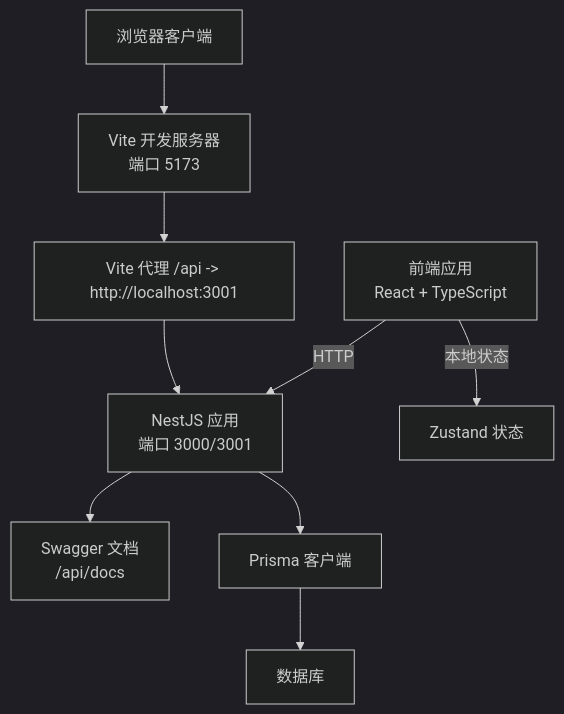
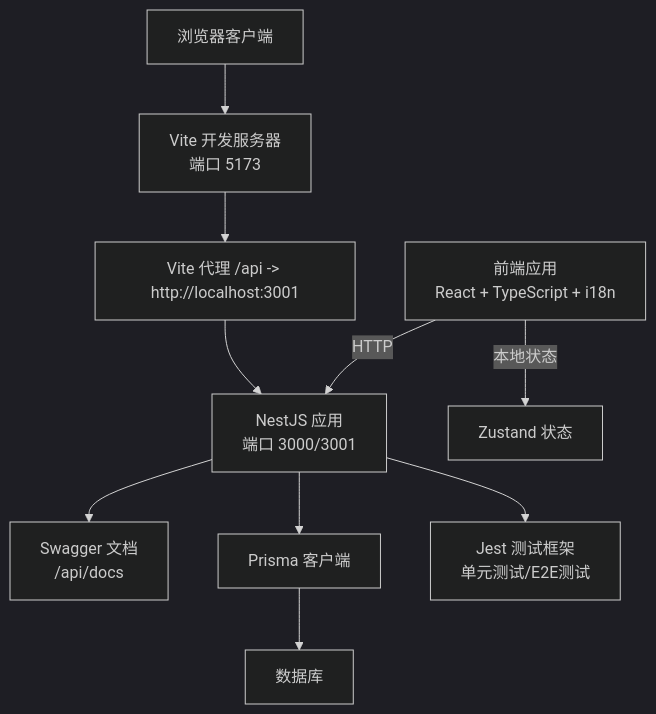
The second of 7 diagrams in .qoder/repowiki/zh/content/开发指南.md (LouisFantansy/Budget_Mgt_Enterprise), drawn with Mermaid (dark theme) before and after one commit. The commit also changed other lines of this file and 10 other files, not shown here.

````diff
--- a/.qoder/repowiki/zh/content/开发指南.md
+++ b/.qoder/repowiki/zh/content/开发指南.md
@@ -113,11 +121,12 @@
 ```mermaid
 graph TB
 Browser["浏览器客户端"] --> ViteDev["Vite 开发服务器<br/>端口 5173"]
 ViteDev --> Proxy["Vite 代理 /api -> http://localhost:3001"]
 Proxy --> NestApp["NestJS 应用<br/>端口 3000/3001"]
 NestApp --> Swagger["Swagger 文档<br/>/api/docs"]
 NestApp --> Prisma["Prisma 客户端"]
+NestApp --> Jest["Jest 测试框架<br/>单元测试/E2E测试"]
 Prisma --> DB["数据库"]
-FE_App["前端应用<br/>React + TypeScript"] --> |HTTP| NestApp
+FE_App["前端应用<br/>React + TypeScript + i18n"] --> |HTTP| NestApp
 FE_App --> |本地状态| Zustand["Zustand 状态"]
 ```
````
